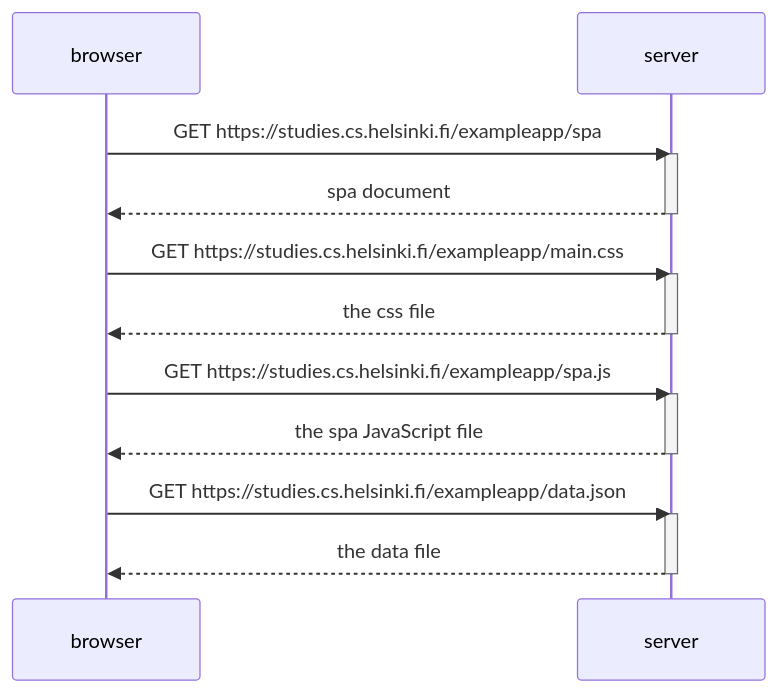
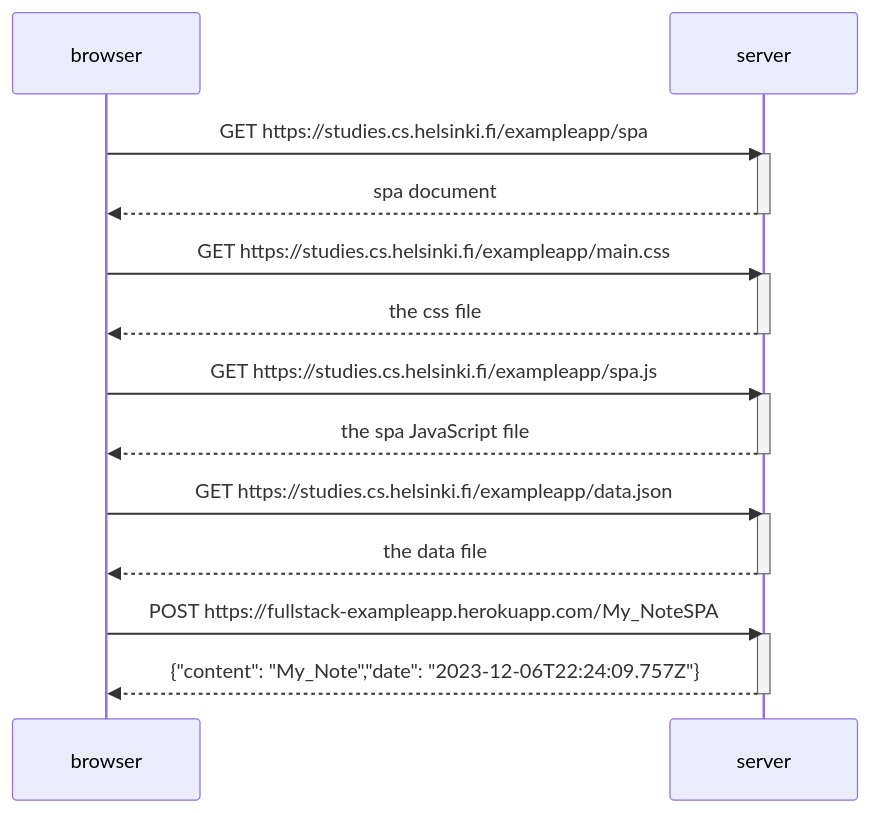
Before and after one commit to RachitReserk/Fullstack: the diagram in part0/exercise 0.6 .md, drawn with Mermaid.

Commit message:
Update exercise 0.6 .md

````diff
--- a/part0/exercise 0.6 .md
+++ b/part0/exercise 0.6 .md
@@ -1,27 +1,32 @@
 ```mermaid
 
 sequenceDiagram
     participant browser
     participant server
 
     browser->>server: GET https://studies.cs.helsinki.fi/exampleapp/spa
     activate server
     server-->>browser: spa document
     deactivate server
 
     browser->>server: GET https://studies.cs.helsinki.fi/exampleapp/main.css
     activate server
     server-->>browser: the css file
     deactivate server
 
     browser->>server: GET https://studies.cs.helsinki.fi/exampleapp/spa.js
     activate server
     server-->>browser: the spa JavaScript file
     deactivate server
 
     browser->>server: GET https://studies.cs.helsinki.fi/exampleapp/data.json
     activate server
     server-->>browser: the data file
     deactivate server
 
+browser ->>server: POST https://fullstack-exampleapp.herokuapp.com/My_NoteSPA
+activate server
+server-->>browser: {"content": "My_Note","date": "2023-12-06T22:24:09.757Z"}
+deactivate server
+
 ```
````
